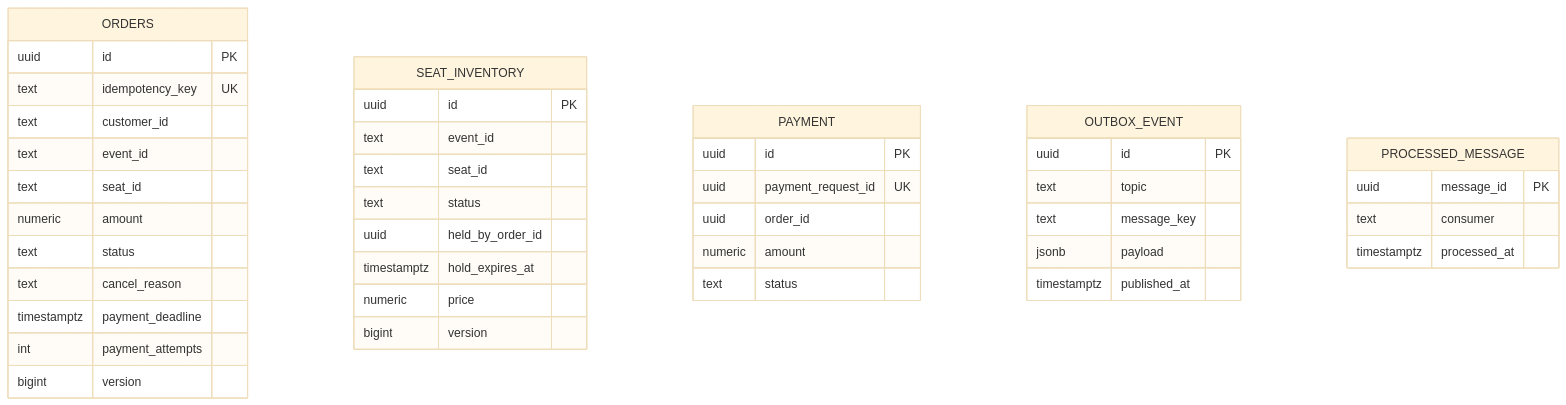
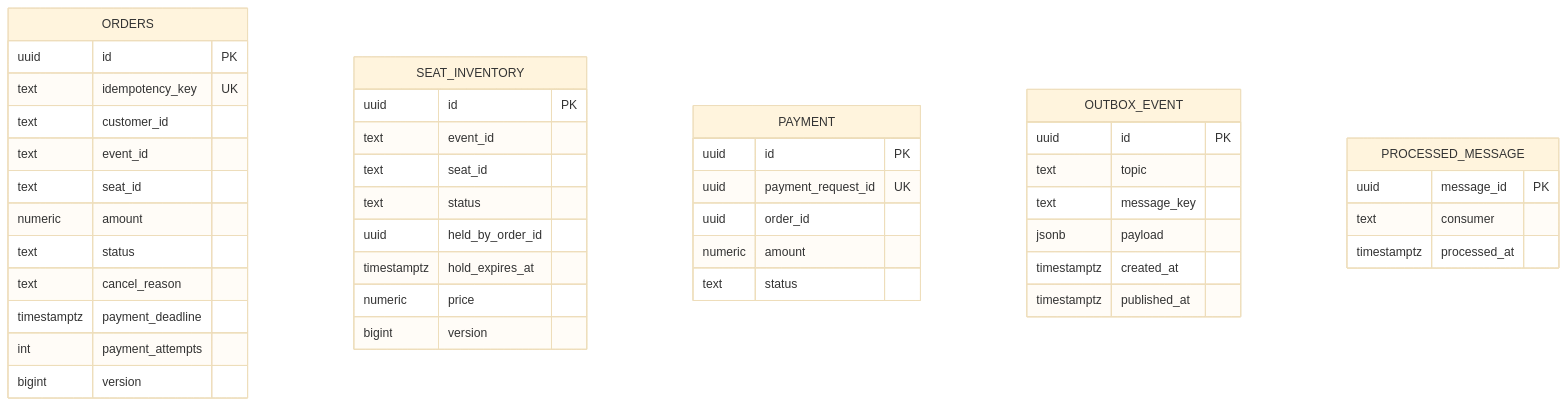
Before and after one commit to BatuhanBaysal/ticket-reservation-engine: the fourth of 4 diagrams in docs/ARCHITECTURE.md, drawn with Mermaid (base theme). The commit also changed other lines of this file and 1 other file, not shown here.

Commit message:
docs: describe the outbox table and the expiry events

````diff
--- a/docs/ARCHITECTURE.md
+++ b/docs/ARCHITECTURE.md
@@ -156,45 +156,46 @@
 ```mermaid
 erDiagram
     ORDERS {
         uuid id PK
         text idempotency_key UK
         text customer_id
         text event_id
         text seat_id
         numeric amount
         text status
         text cancel_reason
         timestamptz payment_deadline
         int payment_attempts
         bigint version
     }
     SEAT_INVENTORY {
         uuid id PK
         text event_id
         text seat_id
         text status
         uuid held_by_order_id
         timestamptz hold_expires_at
         numeric price
         bigint version
     }
     PAYMENT {
         uuid id PK
         uuid payment_request_id UK
         uuid order_id
         numeric amount
         text status
     }
-    OUTBOX_EVENT {
+        OUTBOX_EVENT {
         uuid id PK
         text topic
         text message_key
         jsonb payload
+        timestamptz created_at
         timestamptz published_at
     }
     PROCESSED_MESSAGE {
         uuid message_id PK
         text consumer
         timestamptz processed_at
     }
 ```
````
